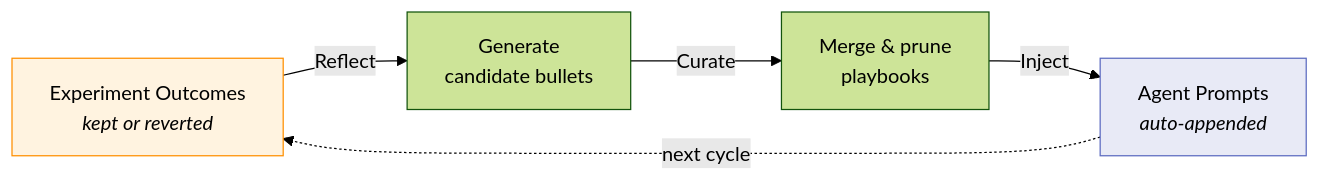
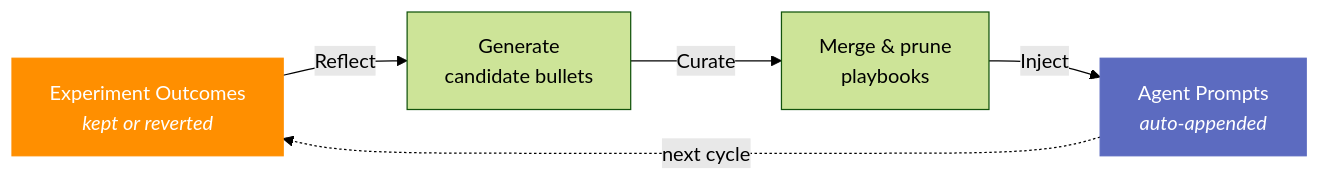
One commit to akashgit/remote-factory changed the second of 4 diagrams in docs/index.md. Above: the diagram before and after it, drawn with Mermaid (forest theme). The commit also changed other lines of this file and 1 other file, not shown here.

First line of the commit message:
fix: use background-invariant colors in Mermaid diagrams for dark mode

````diff
--- a/docs/index.md
+++ b/docs/index.md
@@ -87,10 +87,10 @@
 ```mermaid
 graph LR
     A["Experiment Outcomes<br><i>kept or reverted</i>"] -->|Reflect| B["Generate<br>candidate bullets"]
     B -->|Curate| C["Merge & prune<br>playbooks"]
     C -->|Inject| D["Agent Prompts<br><i>auto-appended</i>"]
     D -.->|"next cycle"| A
 
-    style A fill:#fff3e0,stroke:#ff8f00
-    style D fill:#e8eaf6,stroke:#5c6bc0
+    style A fill:#ff8f00,color:#fff,stroke:#ff8f00
+    style D fill:#5c6bc0,color:#fff,stroke:#5c6bc0
 ```
````
